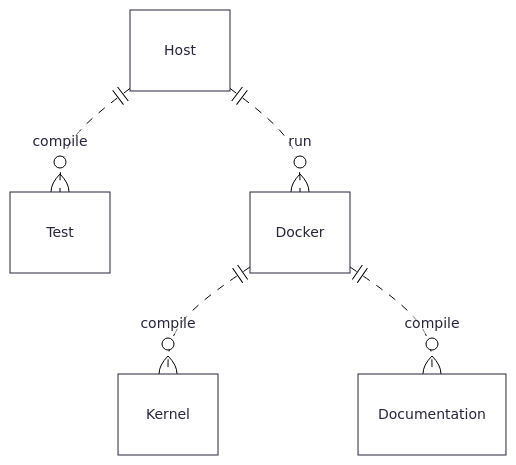
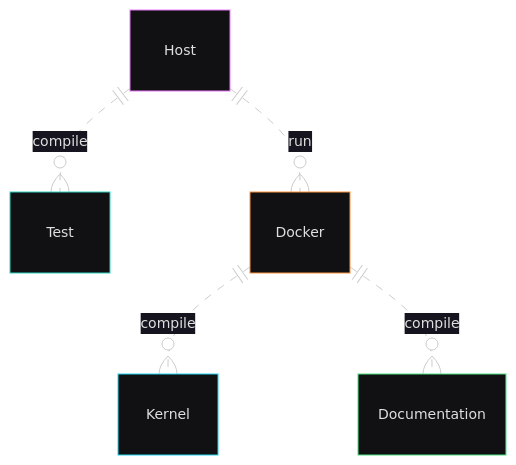
One commit to Arklog/kfs-1 changed the diagram in documentation/source/getting_started/compilation/build_system.mmd. Above: the diagram before and after it, drawn with Mermaid. The commit also changed 11 other files, not shown here.

```diff
--- a/documentation/source/getting_started/compilation/build_system.mmd
+++ b/documentation/source/getting_started/compilation/build_system.mmd
@@ -1,11 +1,12 @@
 ---
 config:
-  theme: redux
-  themeVariables:
-    background: 'white'
+  theme: 'redux-dark-color'
 ---
+
+%% transparent
+
 erDiagram
     Host ||..o{ Test: compile
     Host ||..o{ Docker: run
     Docker ||..o{ Kernel: compile
     Docker ||..o{ Documentation: compile
```
